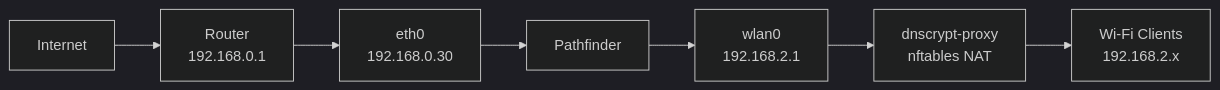
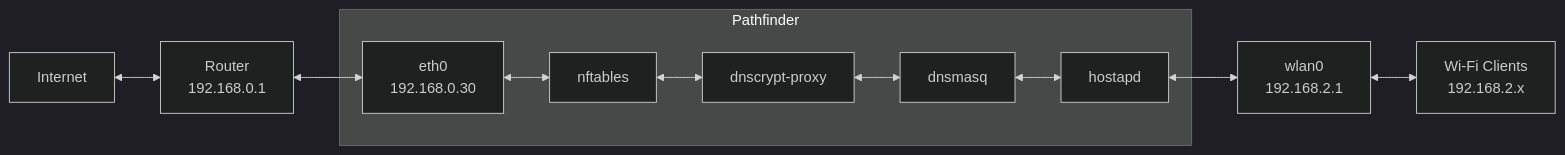
The diagram in README.md (miguelpernudo/alpine-router), drawn with Mermaid (dark theme) before and after one commit. The commit also changed other lines of this file, not shown here.

````diff
--- a/README.md
+++ b/README.md
@@ -7,9 +7,16 @@
 ```mermaid
 graph LR
-    A[Internet] --> B[Router\n192.168.0.1]
-    B --> C[eth0\n192.168.0.30]
-    C --> D[Pathfinder]
-    D --> E[wlan0\n192.168.2.1]
-    E --> F[dnscrypt-proxy\nnftables NAT]
-    F --> G[Wi-Fi Clients\n192.168.2.x]
+    A[Internet] <--> B[Router\n192.168.0.1]
+    B <--> C[eth0\n192.168.0.30]
+    
+    subgraph Pathfinder
+        C <--> FW[nftables]
+        FW <--> DNS[dnscrypt-proxy]
+        DNS <--> DM[dnsmasq]
+        DM <--> AP[hostapd]
+    end
+
+    AP <--> E[wlan0\n192.168.2.1]
+    E <--> F[Wi-Fi Clients\n192.168.2.x]
+
 ```
````
